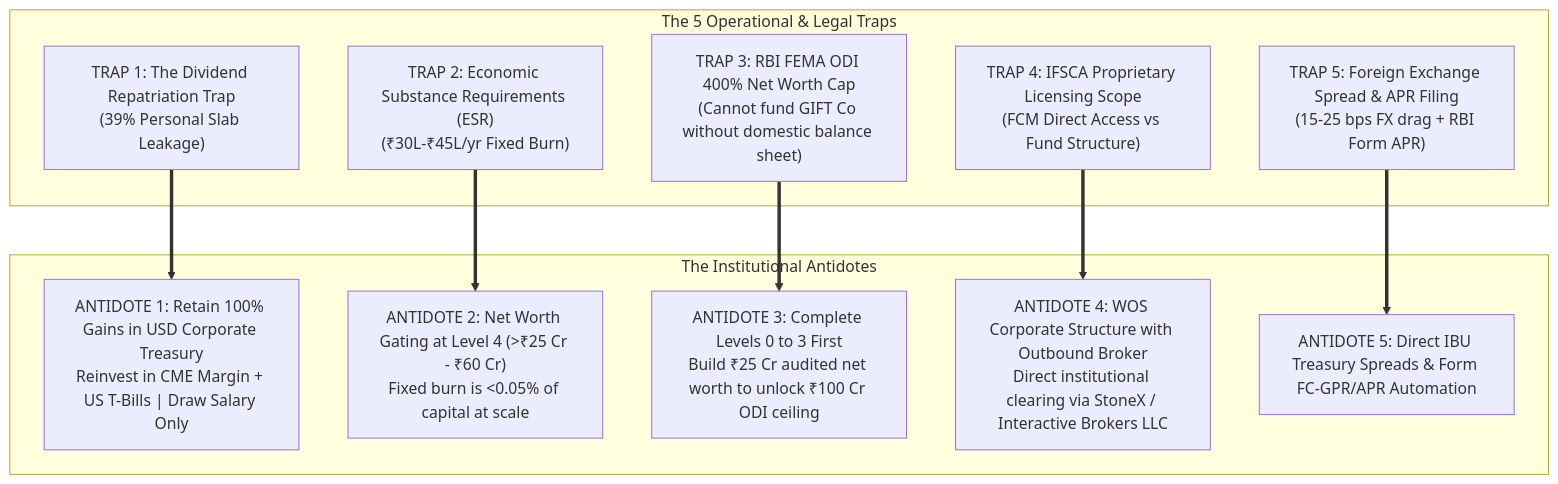
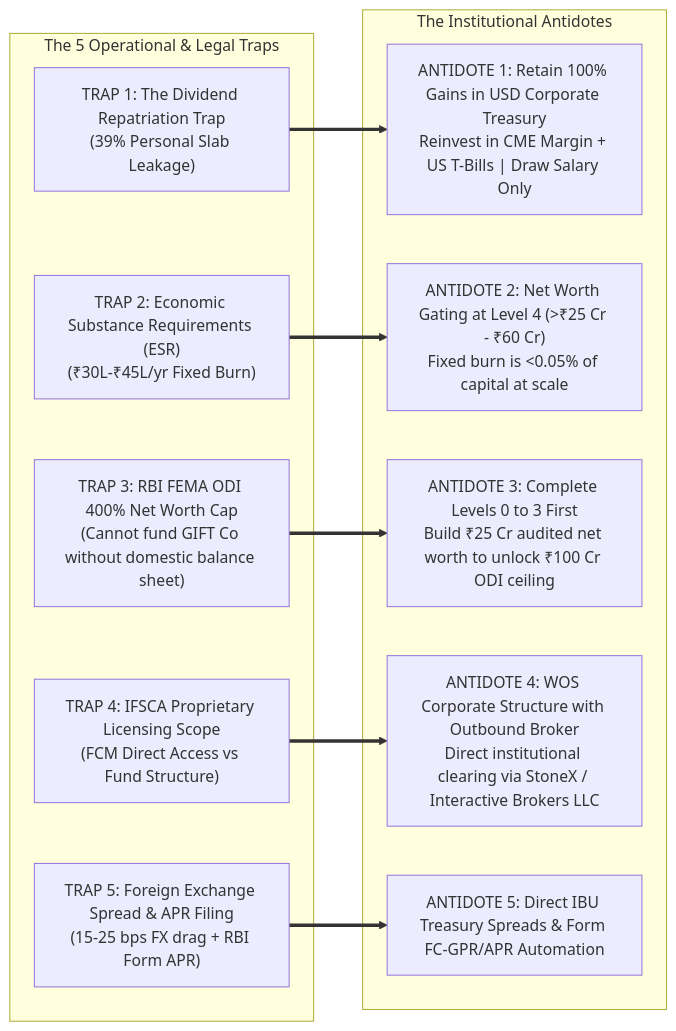
One commit to yieldchaser/mcx-margins changed diagram 11 of 11 in models/execution_and_tax_validation_plan.md. Above: the diagram before and after it, drawn with Mermaid. The commit also changed other lines of this file and 1 other file, not shown here.

Commit message:
docs: finalize end-to-end Master Institutional Blueprint with complete tax, MCX capacity, and GIFT City analytics

````diff
--- a/models/execution_and_tax_validation_plan.md
+++ b/models/execution_and_tax_validation_plan.md
@@ -310,24 +436,33 @@
 ```mermaid
-flowchart TD
+flowchart LR
     subgraph Traps["The 5 Operational & Legal Traps"]
-        T1["TRAP 1: The Dividend Repatriation Trap\n(39% Personal Slab Leakage)"]
-        T2["TRAP 2: Economic Substance Requirements (ESR)\n(₹30L-₹45L/yr Fixed Burn)"]
-        T3["TRAP 3: RBI FEMA ODI 400% Net Worth Cap\n(Cannot fund GIFT Co without domestic balance sheet)"]
-        T4["TRAP 4: IFSCA Proprietary Licensing Scope\n(FCM Direct Access vs Fund Structure)"]
-        T5["TRAP 5: Foreign Exchange Spread & APR Filing\n(15-25 bps FX drag + RBI Form APR)"]
+        T1["TRAP 1: The Dividend Repatriation Trap
+(39% Personal Slab Leakage)"]
+        T2["TRAP 2: Economic Substance Requirements (ESR)
+(₹30L-₹45L/yr Fixed Burn)"]
+        T3["TRAP 3: RBI FEMA ODI 400% Net Worth Cap
+(Cannot fund GIFT Co without domestic balance sheet)"]
+        T4["TRAP 4: IFSCA Proprietary Licensing Scope
+(FCM Direct Access vs Fund Structure)"]
+        T5["TRAP 5: Foreign Exchange Spread & APR Filing
+(15-25 bps FX drag + RBI Form APR)"]
     end
 
     subgraph Antidotes["The Institutional Antidotes"]
-        A1["ANTIDOTE 1: Retain 100% Gains in USD Corporate Treasury\nReinvest in CME Margin + US T-Bills | Draw Salary Only"]
-        A2["ANTIDOTE 2: Net Worth Gating at Level 4 (>₹25 Cr - ₹60 Cr)\nFixed burn is <0.05% of capital at scale"]
-        A3["ANTIDOTE 3: Complete Levels 0 to 3 First\nBuild ₹25 Cr audited net worth to unlock ₹100 Cr ODI ceiling"]
-        A4["ANTIDOTE 4: WOS Corporate Structure with Outbound Broker\nDirect institutional clearing via StoneX / Interactive Brokers LLC"]
+        A1["ANTIDOTE 1: Retain 100% Gains in USD Corporate Treasury
+Reinvest in CME Margin + US T-Bills | Draw Salary Only"]
+        A2["ANTIDOTE 2: Net Worth Gating at Level 4 (>₹25 Cr - ₹60 Cr)
+Fixed burn is <0.05% of capital at scale"]
+        A3["ANTIDOTE 3: Complete Levels 0 to 3 First
+Build ₹25 Cr audited net worth to unlock ₹100 Cr ODI ceiling"]
+        A4["ANTIDOTE 4: WOS Corporate Structure with Outbound Broker
+Direct institutional clearing via StoneX / Interactive Brokers LLC"]
         A5["ANTIDOTE 5: Direct IBU Treasury Spreads & Form FC-GPR/APR Automation"]
     end
 
     T1 ==> A1
     T2 ==> A2
     T3 ==> A3
     T4 ==> A4
     T5 ==> A5
 ```
````
